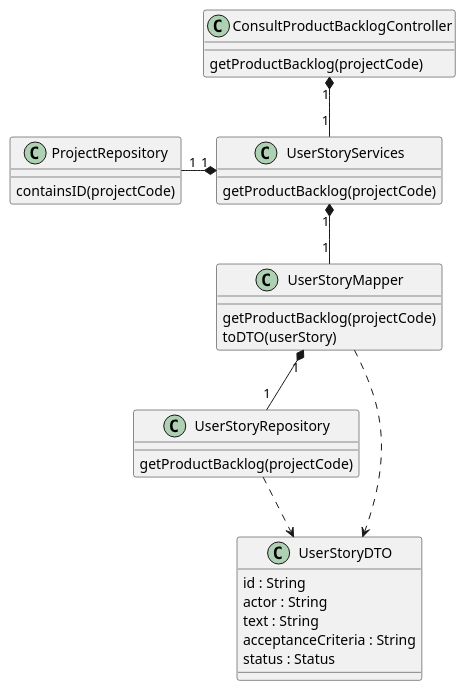
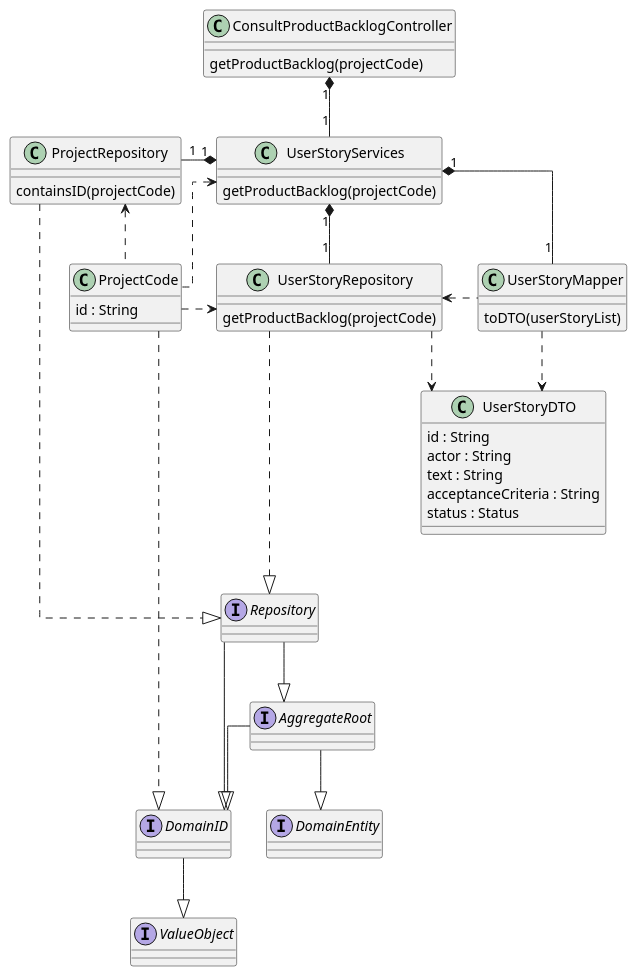
Before and after one commit to ivo-menezes/project_g3: the diagram in docs/modelling_design/user_stories/us018/US018_ConsultProductBacklogCD.puml, drawn with PlantUML.

Commit message:
US018: Design: Updated CD (resolved #42)

```diff
--- a/docs/modelling_design/user_stories/us018/US018_ConsultProductBacklogCD.puml
+++ b/docs/modelling_design/user_stories/us018/US018_ConsultProductBacklogCD.puml
@@ -1,39 +1,74 @@
 @startuml
+skinparam linetype ortho
 
 class ConsultProductBacklogController {
 getProductBacklog(projectCode)
 }
 
 class UserStoryServices {
 getProductBacklog(projectCode)
 }
 
 class ProjectRepository {
 containsID(projectCode)
 }
 
-class UserStoryMapper{
-getProductBacklog(projectCode)
-toDTO(userStory)
+class ProjectCode {
+id : String
 }
 
 class UserStoryRepository {
 getProductBacklog(projectCode)
+}
+
+class UserStoryMapper{
+toDTO(userStoryList)
 }
 
 class UserStoryDTO {
 id : String
 actor : String
 text : String
 acceptanceCriteria : String
 status : Status
 }
 
+interface ValueObject {
+}
+
+interface DomainID {
+}
+
+interface Repository {
+}
+
+interface AggregateRoot {
+}
+
+interface DomainEntity {
+}
+
 ConsultProductBacklogController "1" *-- "1" UserStoryServices
 UserStoryServices "1" *-left- "1" ProjectRepository
 UserStoryServices "1" *-- "1" UserStoryMapper
-UserStoryMapper "1" *-- "1" UserStoryRepository
+UserStoryServices "1" *-- "1" UserStoryRepository
 UserStoryMapper ..> UserStoryDTO
+UserStoryMapper .left.> UserStoryRepository
 UserStoryRepository ..> UserStoryDTO
+ProjectCode .up.> ProjectRepository
+ProjectCode .up.> UserStoryServices
+ProjectCode .right.> UserStoryRepository
+
+UserStoryRepository -..|> Repository
+ProjectRepository -..|> Repository
+ProjectCode -.down.|> DomainID
+
+DomainID --|> ValueObject
+
+Repository --|> DomainID
+Repository --|> AggregateRoot
+
+AggregateRoot --|> DomainID
+AggregateRoot --|> DomainEntity
 
 @enduml
```
